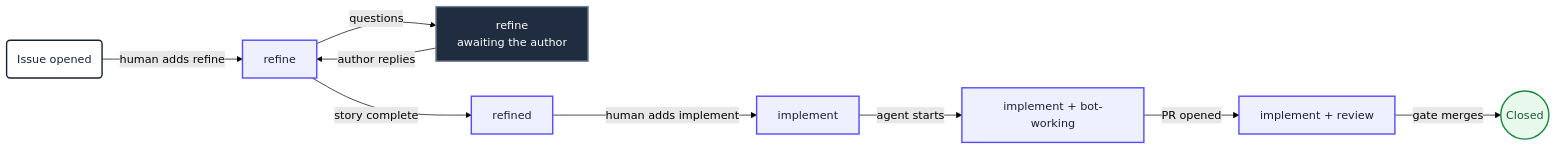
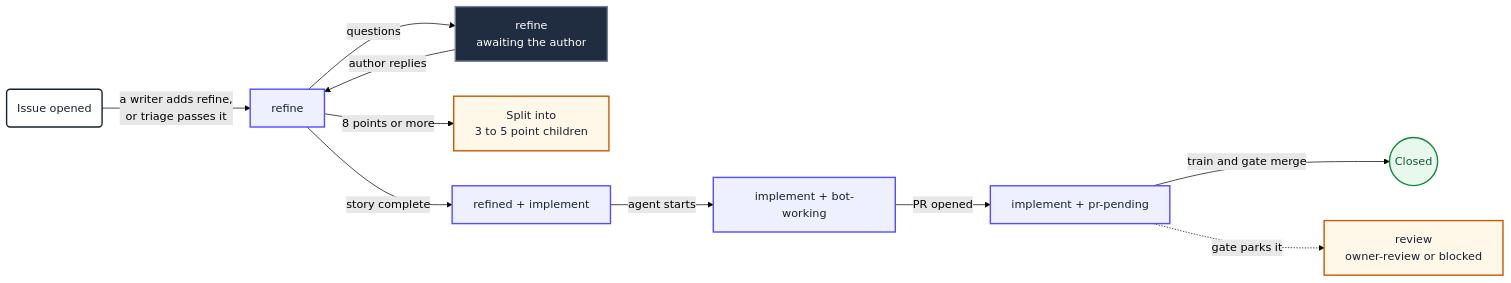
Before and after one commit to PlainConceptsPlatform/foundations: the first of 3 diagrams in apps/docs/content/docs/ai.mdx, drawn with Mermaid (forest theme). The commit also changed other lines of this file and 20 other files, not shown here.

````diff
--- a/apps/docs/content/docs/ai.mdx
+++ b/apps/docs/content/docs/ai.mdx
@@ -344,23 +343,25 @@
 ```mermaid
 flowchart LR
-    new("Issue opened") -->|human adds refine| refine
+    new("Issue opened") -->|a writer adds refine,<br/>or triage passes it| refine
     refine["refine"] -->|questions| waiting
     waiting["refine<br/>awaiting the author"] -->|author replies| refine
-    refine -->|story complete| refined
-    refined["refined"] -->|human adds implement| implement
-    implement["implement"] -->|agent starts| working
-    working["implement + bot-working"] -->|PR opened| review
-    review["implement + review"] -->|gate merges| closed
+    refine -->|8 points or more| split["Split into<br/>3 to 5 point children"]
+    refine -->|story complete| implement
+    implement["refined + implement"] -->|agent starts| working
+    working["implement + bot-working"] -->|PR opened| pending
+    pending["implement + pr-pending"] -->|train and gate merge| closed
+    pending -.->|gate parks it| person["review<br/>owner-review or blocked"]
     closed(("Closed"))
 
     classDef start fill:#ffffff,stroke:#172033,stroke-width:2px,color:#172033
     classDef action fill:#eef0ff,stroke:#554cff,stroke-width:2px,color:#172033
     classDef decision fill:#fff8e8,stroke:#c75b00,stroke-width:2px,color:#172033
     classDef idle fill:#202c40,stroke:#738198,stroke-width:2px,color:#ffffff
     classDef success fill:#e8f8ec,stroke:#18883c,stroke-width:2px,color:#145a32
 
     class new start
-    class refine,refined,implement,working,review action
+    class refine,implement,working,pending action
+    class split,person decision
     class waiting idle
     class closed success
 ```
````
